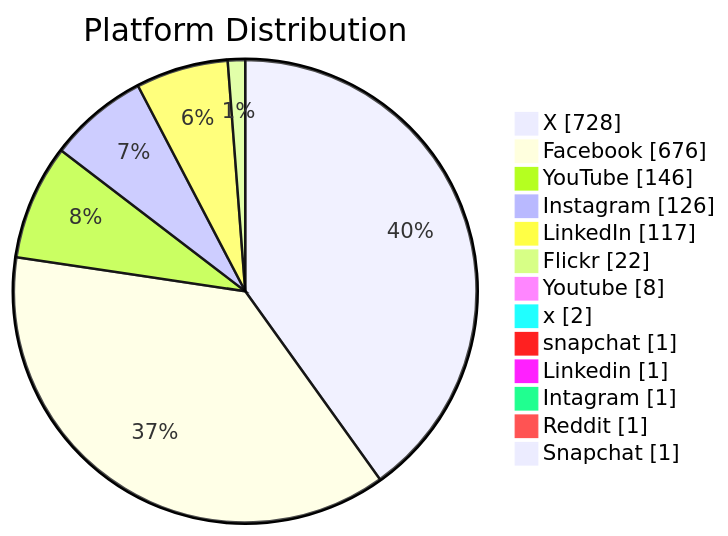
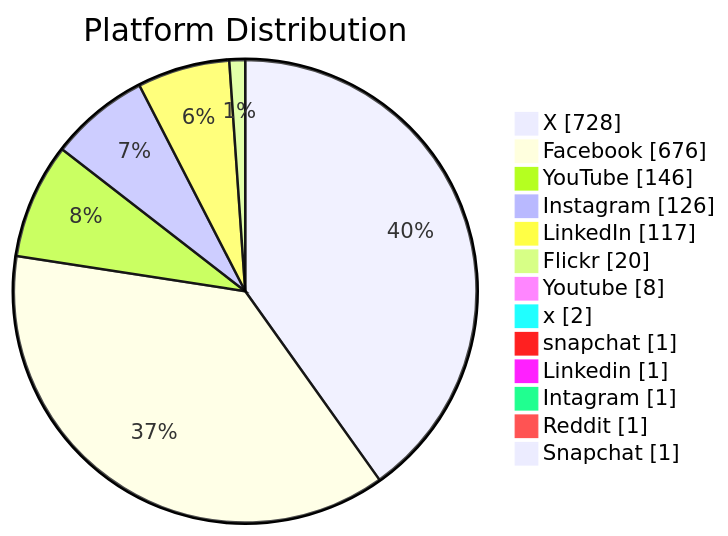
Before and after one commit to PatLittle/GC-Socials: the second of 6 diagrams in README.md, drawn with Mermaid. The commit also changed other lines of this file, not shown here.

Commit message:
Update README with Platform Distribution pie chart

````diff
--- a/README.md
+++ b/README.md
@@ -46,16 +46,16 @@
 ```mermaid
 pie showData title Platform Distribution
     "X": 728
     "Facebook": 676
     "YouTube": 146
     "Instagram": 126
     "LinkedIn": 117
-    "Flickr": 22
+    "Flickr": 20
     "Youtube": 8
     "x": 2
     "snapchat": 1
     "Linkedin": 1
     "Intagram": 1
     "Reddit": 1
     "Snapchat": 1
 ```
````
